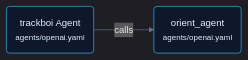
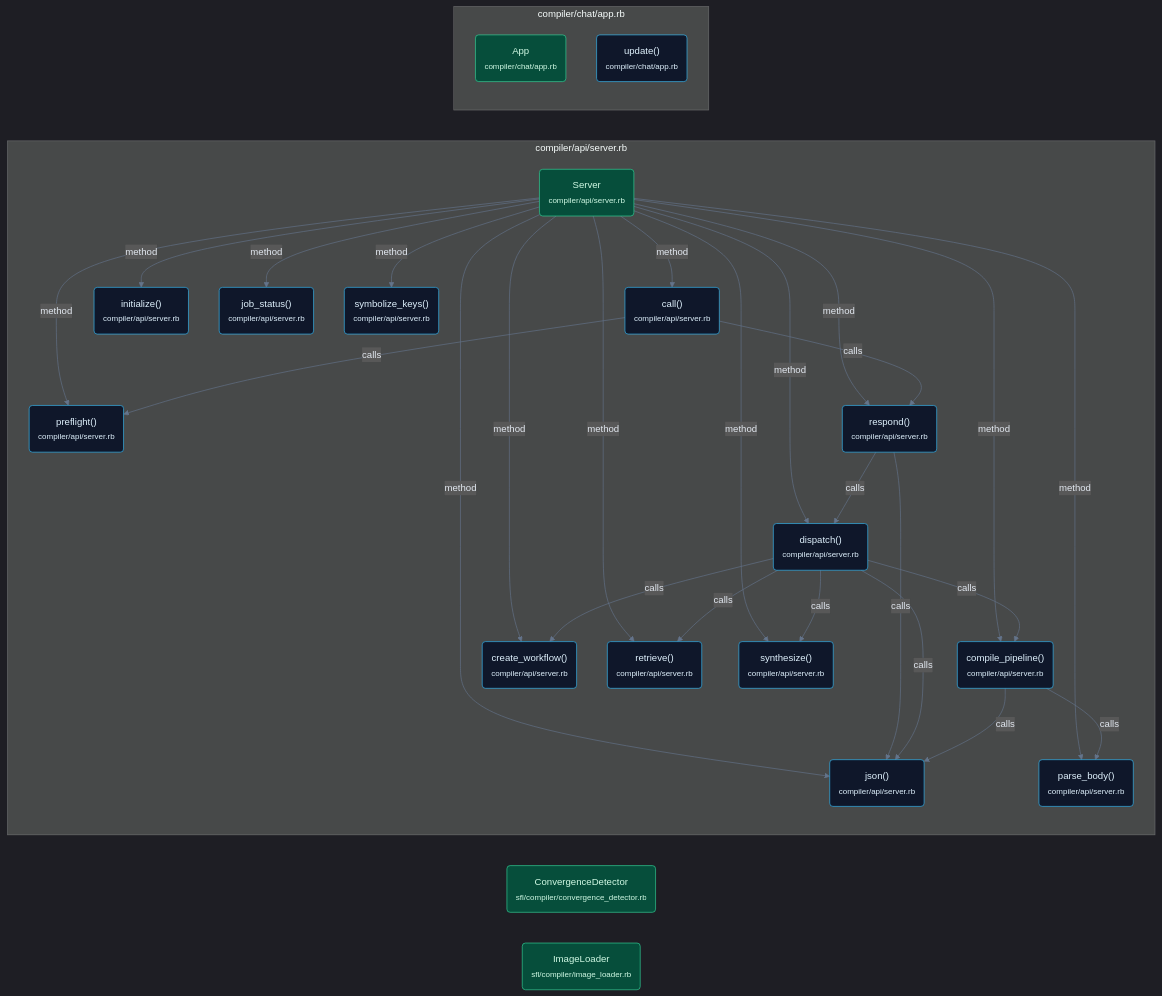
Before and after one commit to b08x/ruby-sfl-compiler: the diagram in docs/diagrams/callflow_5.mmd, drawn with Mermaid. The commit also changed 26 other files, not shown here.

First line of the commit message:
📝 docs: document modules, update architecture and roadmap

```diff
--- a/docs/diagrams/callflow_5.mmd
+++ b/docs/diagrams/callflow_5.mmd
@@ -1,17 +1,77 @@
 %%{init: {"theme": "dark", "themeVariables": {"fontSize": "15.0px", "fontFamily": "Segoe UI, system-ui, sans-serif", "primaryColor": "#1e293b", "primaryTextColor": "#e2e8f0", "primaryBorderColor": "#38bdf8", "secondaryColor": "#0f172a", "tertiaryColor": "#334155", "lineColor": "#64748b", "textColor": "#e2e8f0"}, "flowchart": {"htmlLabels": true, "curve": "basis", "nodeSpacing": 48, "rankSpacing": 64, "padding": 14, "diagramPadding": 10, "useMaxWidth": true}}}%%
 flowchart LR
-    %% Section: CLI & Skill Installers (2 nodes, 1 edges)
-    openai_trackboi_6d5136dc("trackboi Agent<br/><small>agents/openai.yaml</small>")
-    openai_orient_agent_95654355("orient_agent<br/><small>agents/openai.yaml</small>")
-    openai_trackboi_6d5136dc -->|calls| openai_orient_agent_95654355
-    class openai_trackboi_6d5136dc function;
-    class openai_orient_agent_95654355 function;
+    %% Section: Serving API (86 nodes, 131 edges)
+    subgraph serve_api_compiler_api_server_rb_7acf9baa["compiler/api/server.rb"]
+        api_server_server_b73b68f0("Server<br/><small>compiler/api/server.rb</small>")
+        api_server_server_dispatch_95012b2d("dispatch()<br/><small>compiler/api/server.rb</small>")
+        api_server_server_call_d439926e("call()<br/><small>compiler/api/server.rb</small>")
+        api_server_server_compile_pipeline_d05425bc("compile_pipeline()<br/><small>compiler/api/server.rb</small>")
+        api_server_server_create_workflow_0121334e("create_workflow()<br/><small>compiler/api/server.rb</small>")
+        api_server_server_initialize_403940b8("initialize()<br/><small>compiler/api/server.rb</small>")
+        api_server_server_job_status_fa57d229("job_status()<br/><small>compiler/api/server.rb</small>")
+        api_server_server_json_e9e7077b("json()<br/><small>compiler/api/server.rb</small>")
+        api_server_server_parse_body_ff64a080("parse_body()<br/><small>compiler/api/server.rb</small>")
+        api_server_server_preflight_0b443a8f("preflight()<br/><small>compiler/api/server.rb</small>")
+        api_server_server_respond_5be34ce0("respond()<br/><small>compiler/api/server.rb</small>")
+        api_server_server_retrieve_4cd48a75("retrieve()<br/><small>compiler/api/server.rb</small>")
+        api_server_server_symbolize_keys_b96ee3c4("symbolize_keys()<br/><small>compiler/api/server.rb</small>")
+        api_server_server_synthesize_18ed72be("synthesize()<br/><small>compiler/api/server.rb</small>")
+    end
+    subgraph serve_api_compiler_chat_app_rb_9b5becc9["compiler/chat/app.rb"]
+        chat_app_app_147c126d("App<br/><small>compiler/chat/app.rb</small>")
+        chat_app_app_update_4faadb04("update()<br/><small>compiler/chat/app.rb</small>")
+    end
+    compiler_convergence_detector_convergencedetecto_2544966d("ConvergenceDetector<br/><small>sfl/compiler/convergence_detector.rb</small>")
+    compiler_image_loader_imageloader_4a189d7b("ImageLoader<br/><small>sfl/compiler/image_loader.rb</small>")
+    api_server_server_b73b68f0 -->|method| api_server_server_call_d439926e
+    api_server_server_b73b68f0 -->|method| api_server_server_compile_pipeline_d05425bc
+    api_server_server_b73b68f0 -->|method| api_server_server_create_workflow_0121334e
+    api_server_server_b73b68f0 -->|method| api_server_server_dispatch_95012b2d
+    api_server_server_b73b68f0 -->|method| api_server_server_initialize_403940b8
+    api_server_server_b73b68f0 -->|method| api_server_server_job_status_fa57d229
+    api_server_server_b73b68f0 -->|method| api_server_server_json_e9e7077b
+    api_server_server_b73b68f0 -->|method| api_server_server_parse_body_ff64a080
+    api_server_server_b73b68f0 -->|method| api_server_server_preflight_0b443a8f
+    api_server_server_b73b68f0 -->|method| api_server_server_respond_5be34ce0
+    api_server_server_b73b68f0 -->|method| api_server_server_retrieve_4cd48a75
+    api_server_server_b73b68f0 -->|method| api_server_server_symbolize_keys_b96ee3c4
+    api_server_server_b73b68f0 -->|method| api_server_server_synthesize_18ed72be
+    api_server_server_call_d439926e -->|calls| api_server_server_preflight_0b443a8f
+    api_server_server_call_d439926e -->|calls| api_server_server_respond_5be34ce0
+    api_server_server_respond_5be34ce0 -->|calls| api_server_server_dispatch_95012b2d
+    api_server_server_respond_5be34ce0 -->|calls| api_server_server_json_e9e7077b
+    api_server_server_dispatch_95012b2d -->|calls| api_server_server_compile_pipeline_d05425bc
+    api_server_server_dispatch_95012b2d -->|calls| api_server_server_create_workflow_0121334e
+    api_server_server_dispatch_95012b2d -->|calls| api_server_server_json_e9e7077b
+    api_server_server_dispatch_95012b2d -->|calls| api_server_server_retrieve_4cd48a75
+    api_server_server_dispatch_95012b2d -->|calls| api_server_server_synthesize_18ed72be
+    api_server_server_compile_pipeline_d05425bc -->|calls| api_server_server_json_e9e7077b
+    api_server_server_compile_pipeline_d05425bc -->|calls| api_server_server_parse_body_ff64a080
+    %% Omitted for readability: 68 nodes, 9 edges
+    class api_server_server_b73b68f0 klass;
+    class api_server_server_dispatch_95012b2d function;
+    class api_server_server_call_d439926e function;
+    class api_server_server_compile_pipeline_d05425bc function;
+    class api_server_server_create_workflow_0121334e function;
+    class api_server_server_initialize_403940b8 function;
+    class api_server_server_job_status_fa57d229 function;
+    class api_server_server_json_e9e7077b function;
+    class api_server_server_parse_body_ff64a080 function;
+    class api_server_server_preflight_0b443a8f function;
+    class api_server_server_respond_5be34ce0 function;
+    class api_server_server_retrieve_4cd48a75 function;
+    class api_server_server_symbolize_keys_b96ee3c4 function;
+    class api_server_server_synthesize_18ed72be function;
+    class chat_app_app_147c126d klass;
+    class chat_app_app_update_4faadb04 function;
+    class compiler_convergence_detector_convergencedetecto_2544966d klass;
+    class compiler_image_loader_imageloader_4a189d7b klass;
     classDef entry fill:#422006,stroke:#fbbf24,color:#fde68a,stroke-width:1px;
     classDef api fill:#450a0a,stroke:#f87171,color:#fee2e2,stroke-width:1px;
     classDef async fill:#2e1065,stroke:#a78bfa,color:#ede9fe,stroke-width:1px;
     classDef klass fill:#064e3b,stroke:#34d399,color:#d1fae5,stroke-width:1px;
     classDef ui fill:#831843,stroke:#f472b6,color:#fce7f3,stroke-width:1px;
     classDef module fill:#172554,stroke:#60a5fa,color:#dbeafe,stroke-width:1px;
     classDef test fill:#3f3f46,stroke:#a1a1aa,color:#f4f4f5,stroke-width:1px;
     classDef concept fill:#292524,stroke:#a8a29e,color:#fafaf9,stroke-dasharray:4 3;
     classDef function fill:#0f172a,stroke:#38bdf8,color:#e0f2fe,stroke-width:1px;
```
